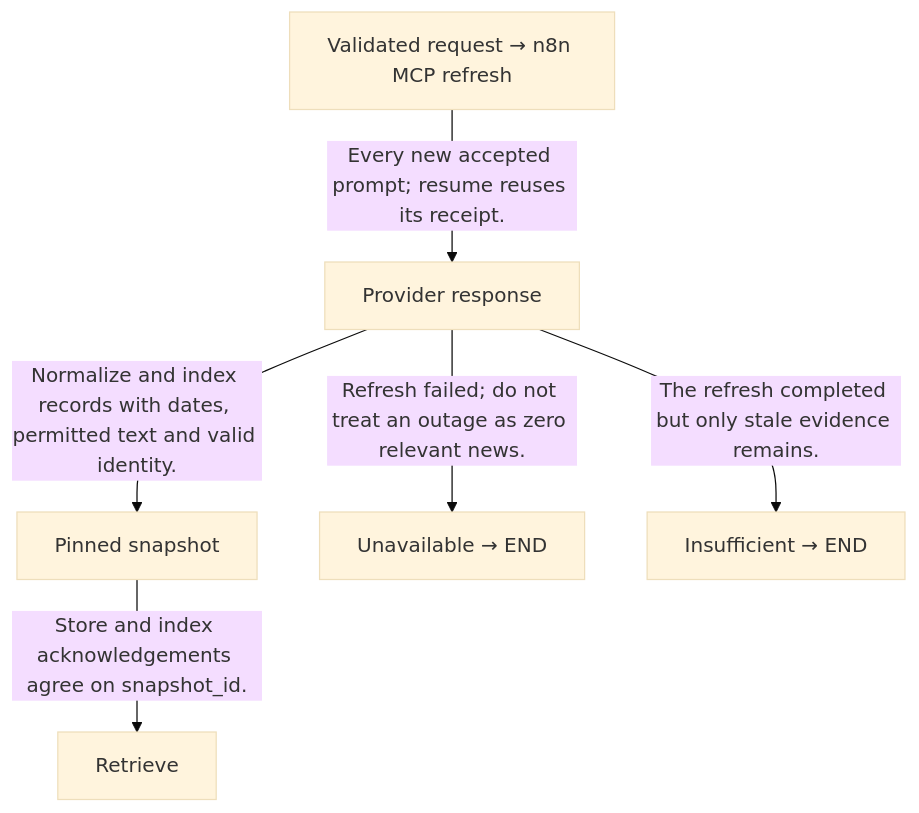
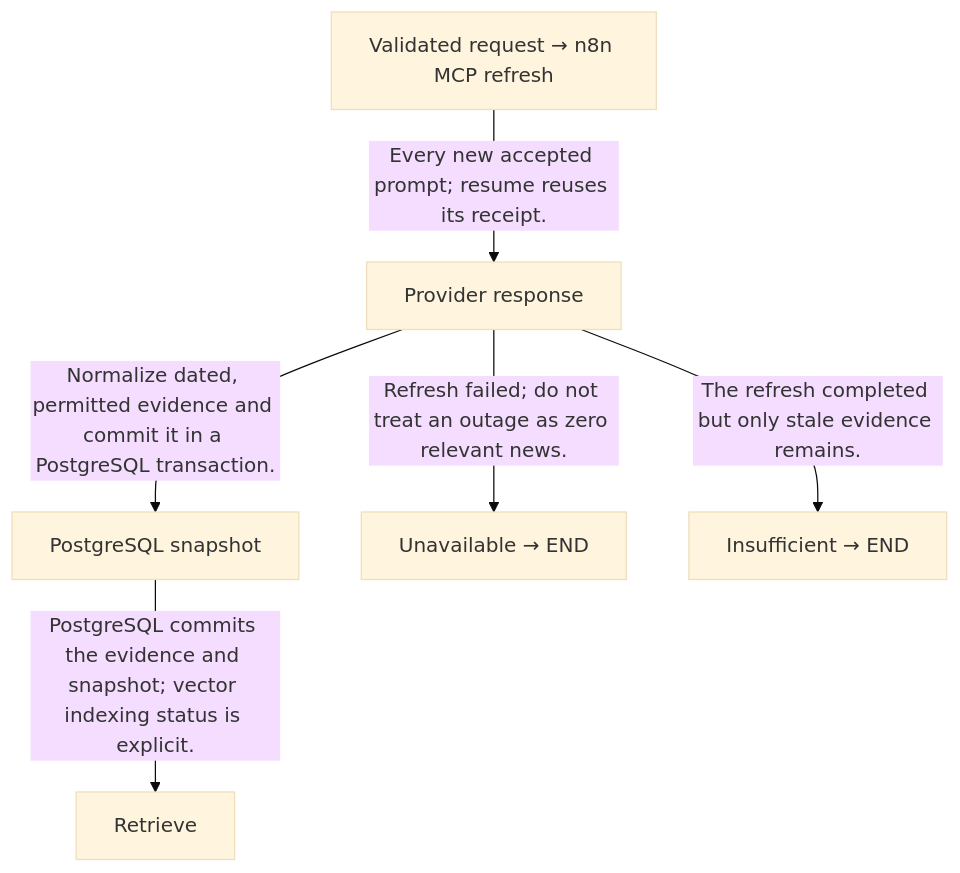
Before and after one commit to ByronHo68/ai-learning-academy: the second of 11 diagrams in docs/FINANCIAL_REPORT_DEVELOPMENT_PROPOSAL.md, drawn with Mermaid (base theme). The commit also changed other lines of this file and 66 other files, not shown here.

Commit message:
Use PostgreSQL for the finance database and retrieval baseline

````diff
--- a/docs/FINANCIAL_REPORT_DEVELOPMENT_PROPOSAL.md
+++ b/docs/FINANCIAL_REPORT_DEVELOPMENT_PROPOSAL.md
@@ -617,14 +809,14 @@
 ```mermaid
 flowchart TD
   n0["Validated request → n8n MCP refresh"]
   n1["Provider response"]
-  n2["Pinned snapshot"]
+  n2["PostgreSQL snapshot"]
   n3["Unavailable → END"]
   n4["Insufficient → END"]
   n5["Retrieve"]
   n0 -->|"Every new accepted prompt; resume reuses its receipt."| n1
-  n1 -->|"Normalize and index records with dates, permitted text and valid identity."| n2
+  n1 -->|"Normalize dated, permitted evidence and commit it in a PostgreSQL transaction."| n2
   n1 -->|"Refresh failed; do not treat an outage as zero relevant news."| n3
   n1 -->|"The refresh completed but only stale evidence remains."| n4
-  n2 -->|"Store and index acknowledgements agree on snapshot_id."| n5
+  n2 -->|"PostgreSQL commits the evidence and snapshot; vector indexing status is explicit."| n5
 ```
````
